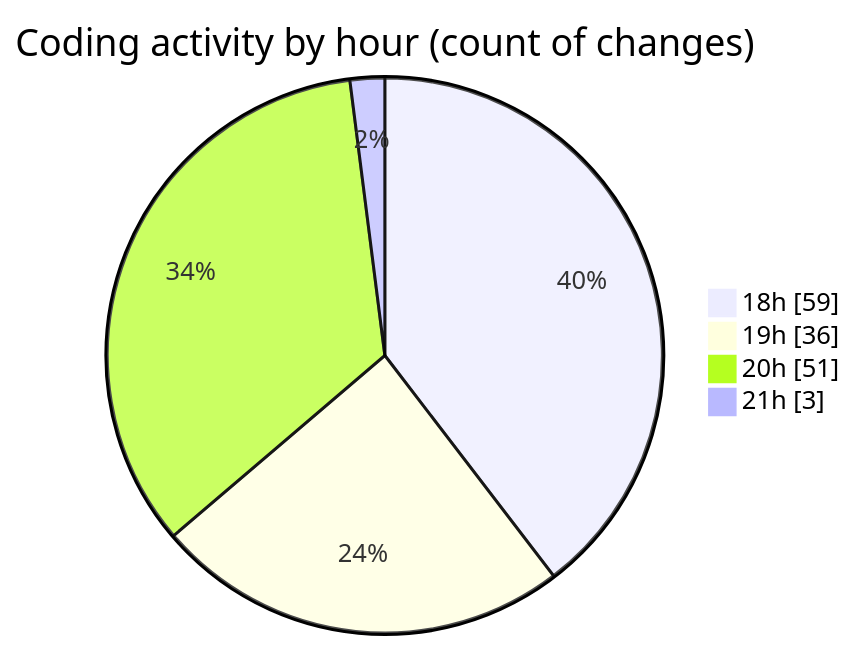
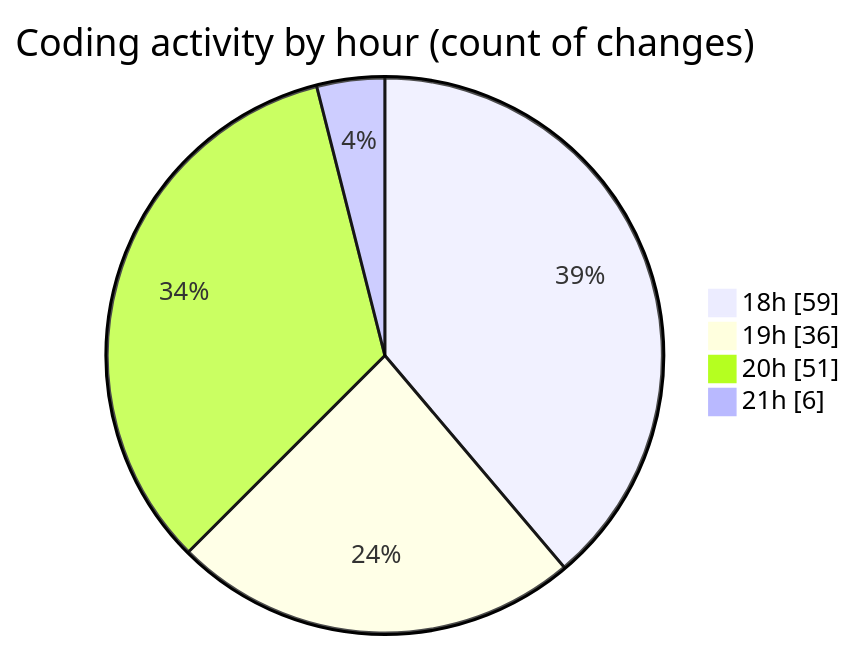
Before and after one commit to Netris89/code-tracking: the second of 2 diagrams in 2025-04-02/back-end/README.md, drawn with Mermaid. The commit also changed other lines of this file and 1 other file, not shown here.

````diff
--- a/2025-04-02/back-end/README.md
+++ b/2025-04-02/back-end/README.md
@@ -40,8 +40,8 @@
 ```mermaid
 pie showData
 title Coding activity by hour (count of changes)
 "18h" : 59
 "19h" : 36
 "20h" : 51
-"21h" : 3
+"21h" : 6
 ```
````
